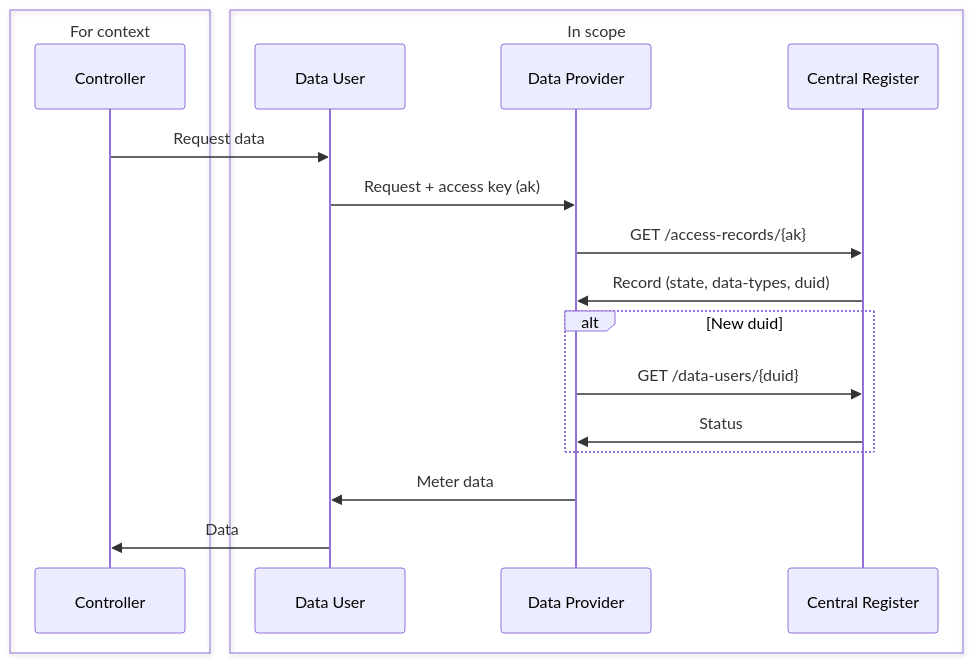
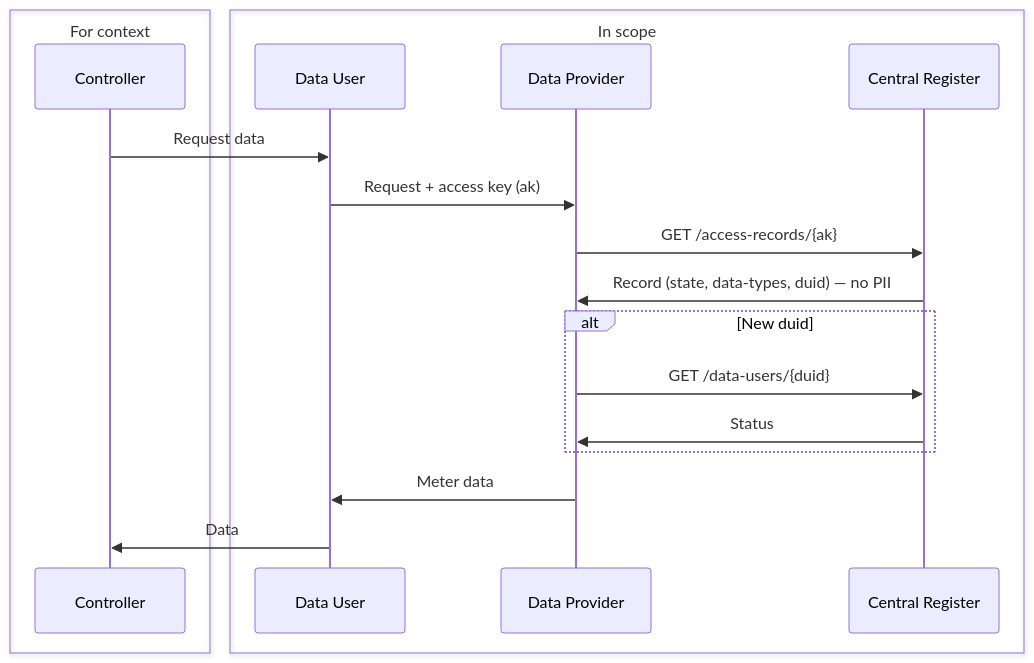
The fourth of 7 diagrams in docs/index.mdx (AuthEnergy/dar), drawn with Mermaid before and after one commit. The commit also changed other lines of this file and 4 other files, not shown here.

````diff
--- a/docs/index.mdx
+++ b/docs/index.mdx
@@ -77,22 +141,22 @@
 ```mermaid
 sequenceDiagram
     box For context
         participant Controller
     end
     box In scope
         participant DU as Data User
         participant Data Provider
         participant CR as Central Register
     end
 
     Controller->>DU: Request data
     DU->>Data Provider: Request + access key (ak)
     Data Provider->>CR: GET /access-records/{ak}
-    CR->>Data Provider: Record (state, data-types, duid)
+    CR->>Data Provider: Record (state, data-types, duid) — no PII
     alt New duid
         Data Provider->>CR: GET /data-users/{duid}
         CR->>Data Provider: Status
     end
     Data Provider->>DU: Meter data
     DU->>Controller: Data
 ```
````
